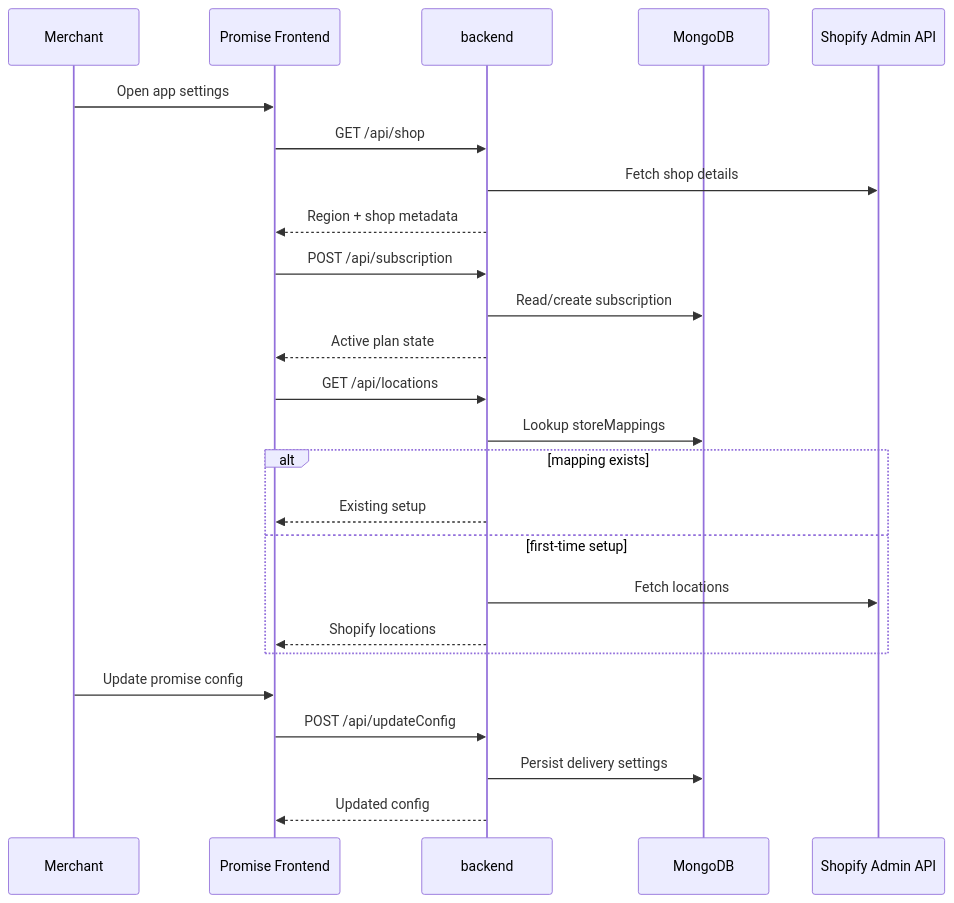
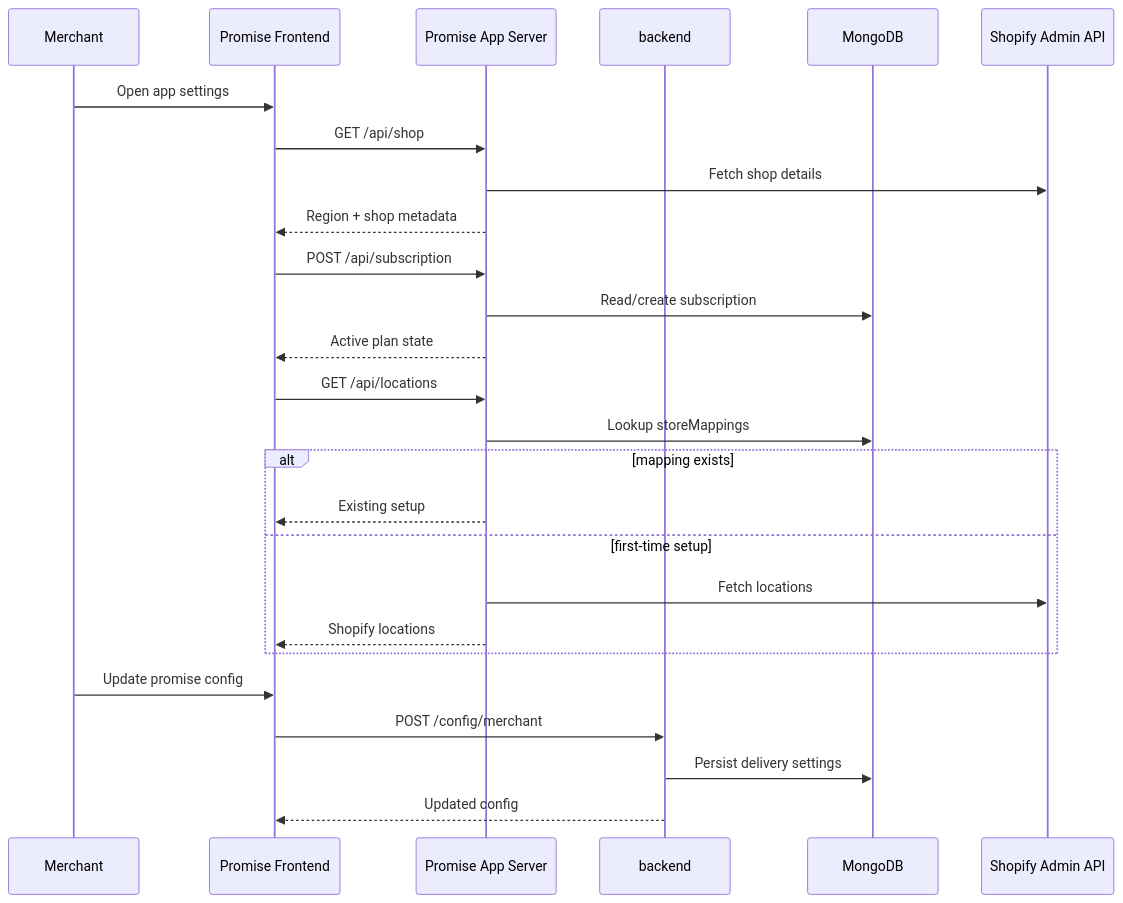
One commit to princesaliya4922/fynd-logistics-docs changed the second of 7 diagrams in docs/02-architecture/data-flow.md. Above: the diagram before and after it, drawn with Mermaid. The commit also changed other lines of this file and 48 other files, not shown here.

````diff
--- a/docs/02-architecture/data-flow.md
+++ b/docs/02-architecture/data-flow.md
@@ -47,31 +47,32 @@
 ```mermaid
 sequenceDiagram
     participant Merchant
     participant PromiseFE as Promise Frontend
+    participant AppServer as Promise App Server
     participant Backend as backend
     participant Mongo as MongoDB
     participant Shopify as Shopify Admin API
 
     Merchant->>PromiseFE: Open app settings
-    PromiseFE->>Backend: GET /api/shop
-    Backend->>Shopify: Fetch shop details
-    Backend-->>PromiseFE: Region + shop metadata
+    PromiseFE->>AppServer: GET /api/shop
+    AppServer->>Shopify: Fetch shop details
+    AppServer-->>PromiseFE: Region + shop metadata
 
-    PromiseFE->>Backend: POST /api/subscription
-    Backend->>Mongo: Read/create subscription
-    Backend-->>PromiseFE: Active plan state
+    PromiseFE->>AppServer: POST /api/subscription
+    AppServer->>Mongo: Read/create subscription
+    AppServer-->>PromiseFE: Active plan state
 
-    PromiseFE->>Backend: GET /api/locations
-    Backend->>Mongo: Lookup storeMappings
+    PromiseFE->>AppServer: GET /api/locations
+    AppServer->>Mongo: Lookup storeMappings
     alt mapping exists
-        Backend-->>PromiseFE: Existing setup
+        AppServer-->>PromiseFE: Existing setup
     else first-time setup
-        Backend->>Shopify: Fetch locations
-        Backend-->>PromiseFE: Shopify locations
+        AppServer->>Shopify: Fetch locations
+        AppServer-->>PromiseFE: Shopify locations
     end
 
     Merchant->>PromiseFE: Update promise config
-    PromiseFE->>Backend: POST /api/updateConfig
+    PromiseFE->>Backend: POST /config/merchant
     Backend->>Mongo: Persist delivery settings
     Backend-->>PromiseFE: Updated config
 ```
````
